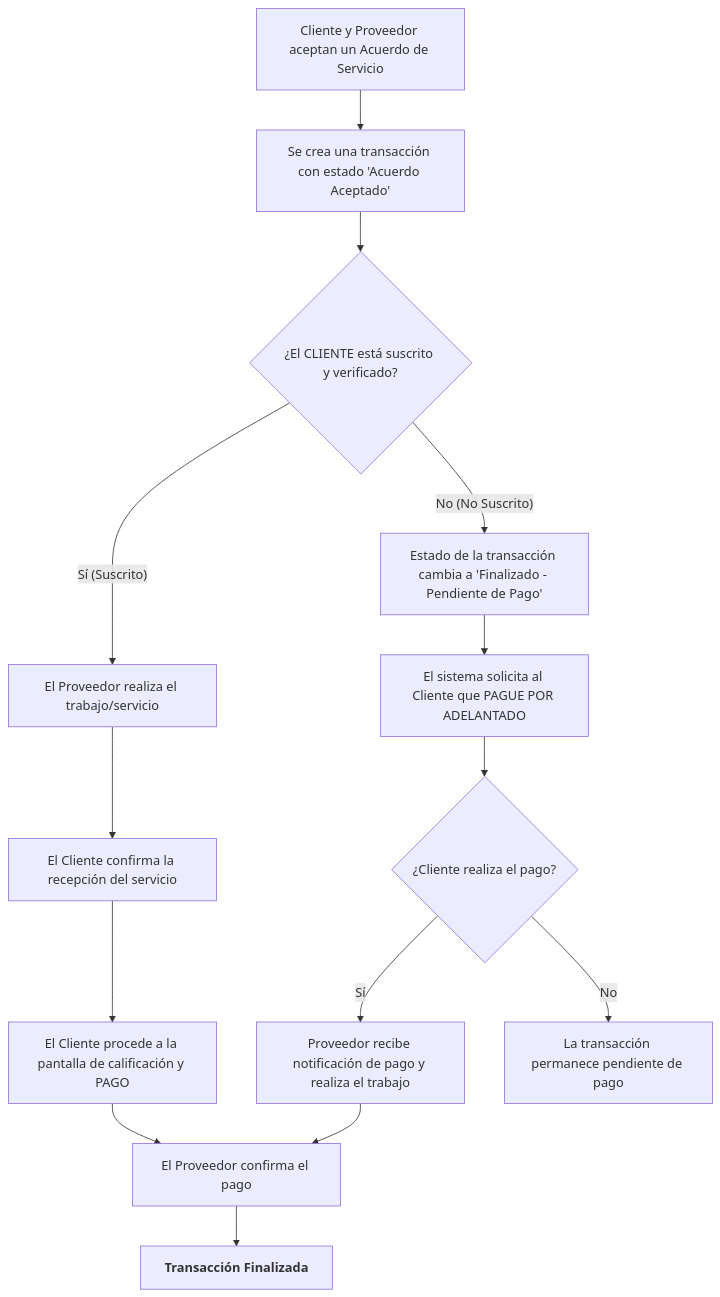
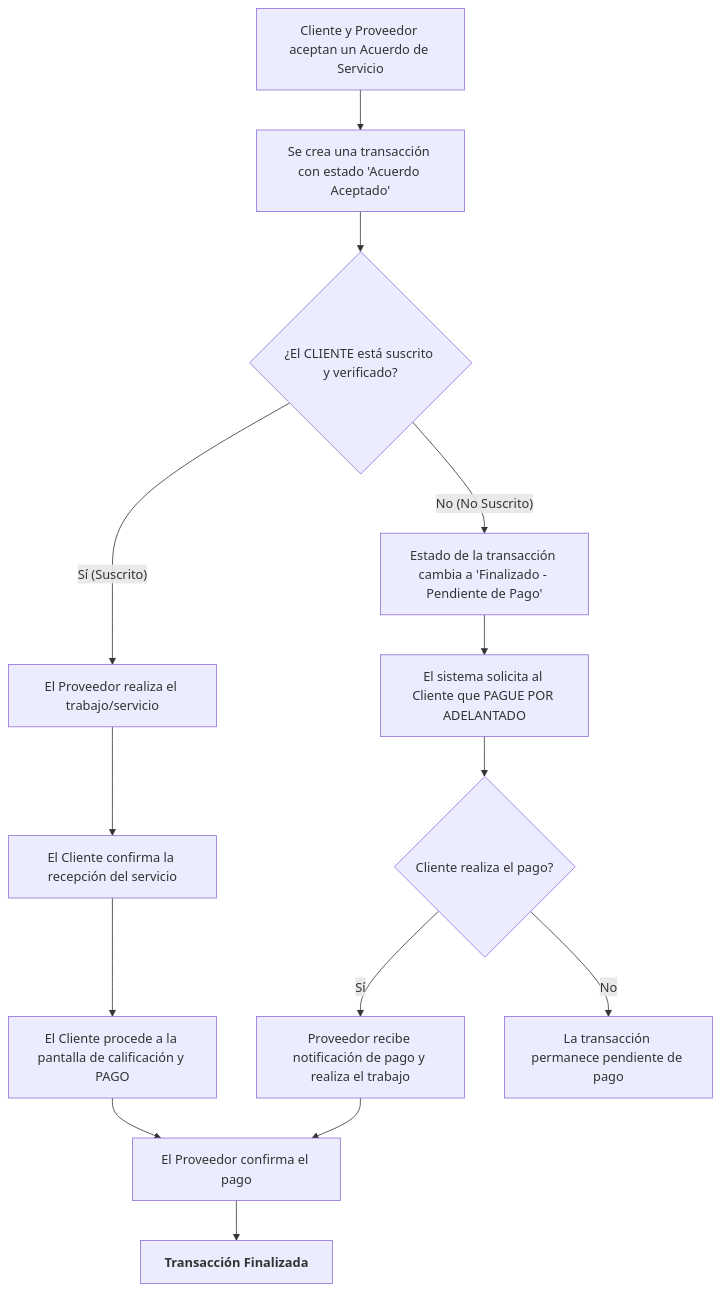
Before and after one commit to F3rnand04/corabO: the third of 6 diagrams in src/FLOWCHARTS.md, drawn with Mermaid.

Commit message:
perfecto, adicional mejores herramientas publicitarias, (sin modificar n

````diff
--- a/src/FLOWCHARTS.md
+++ b/src/FLOWCHARTS.md
@@ -86,18 +86,18 @@
 ```mermaid
 graph TD
     A[Cliente y Proveedor aceptan un Acuerdo de Servicio] --> B[Se crea una transacción con estado 'Acuerdo Aceptado'];
     B --> C{¿El CLIENTE está suscrito y verificado?};
 
     C -- Sí (Suscrito) --> D[El Proveedor realiza el trabajo/servicio];
     D --> E[El Cliente confirma la recepción del servicio];
     E --> F[El Cliente procede a la pantalla de calificación y PAGO];
     F --> G[El Proveedor confirma el pago];
     G --> H[<B>Transacción Finalizada</B>];
 
     C -- No (No Suscrito) --> I[Estado de la transacción cambia a 'Finalizado - Pendiente de Pago'];
     I --> J[El sistema solicita al Cliente que PAGUE POR ADELANTADO];
-    J --> K{¿Cliente realiza el pago?};
+    J --> K{Cliente realiza el pago?};
     K -- Sí --> L[Proveedor recibe notificación de pago y realiza el trabajo];
     K -- No --> M[La transacción permanece pendiente de pago];
     L --> G;
 ```
````
